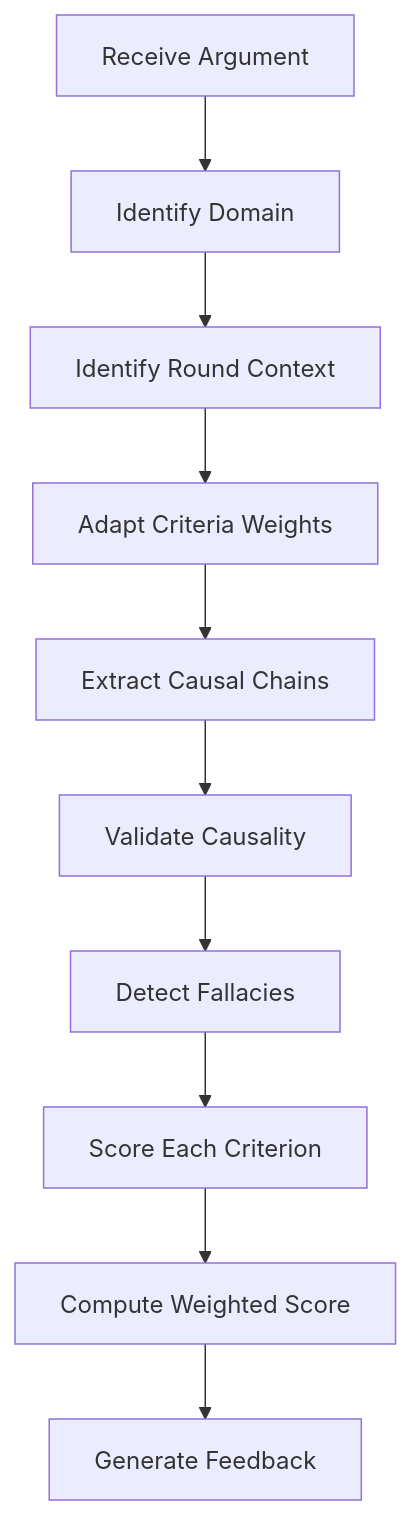
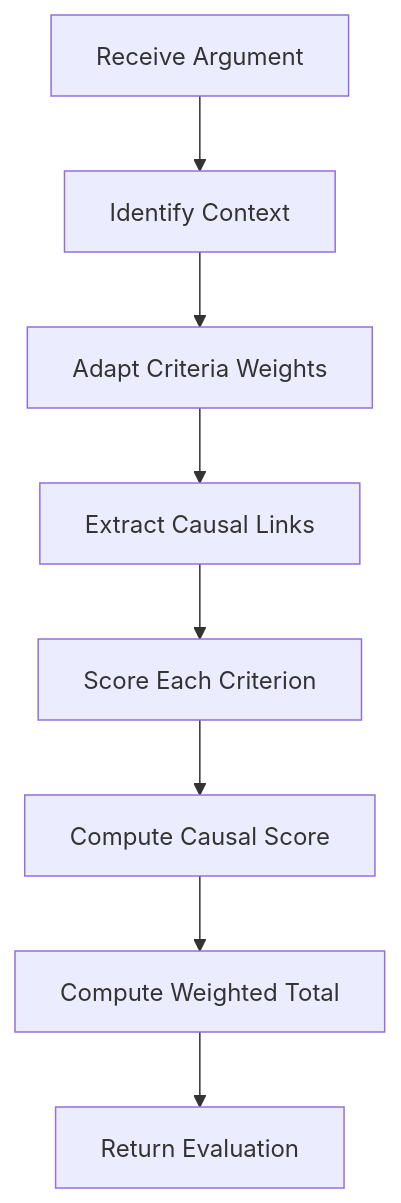
The diagram in docs/concepts/l-ae-cr.md (bassrehab/artemis-agents), drawn with Mermaid before and after one commit. The commit also changed other lines of this file and 11 other files, not shown here.

````diff
--- a/docs/concepts/l-ae-cr.md
+++ b/docs/concepts/l-ae-cr.md
@@ -155,12 +151,10 @@
 ```mermaid
 graph TD
-    A[Receive Argument] --> B[Identify Domain]
-    B --> C[Identify Round Context]
-    C --> D[Adapt Criteria Weights]
-    D --> E[Extract Causal Chains]
-    E --> F[Validate Causality]
-    F --> G[Detect Fallacies]
-    G --> H[Score Each Criterion]
-    H --> I[Compute Weighted Score]
-    I --> J[Generate Feedback]
+    A[Receive Argument] --> B[Identify Context]
+    B --> C[Adapt Criteria Weights]
+    C --> D[Extract Causal Links]
+    D --> E[Score Each Criterion]
+    E --> F[Compute Causal Score]
+    F --> G[Compute Weighted Total]
+    G --> H[Return Evaluation]
 ```
````
